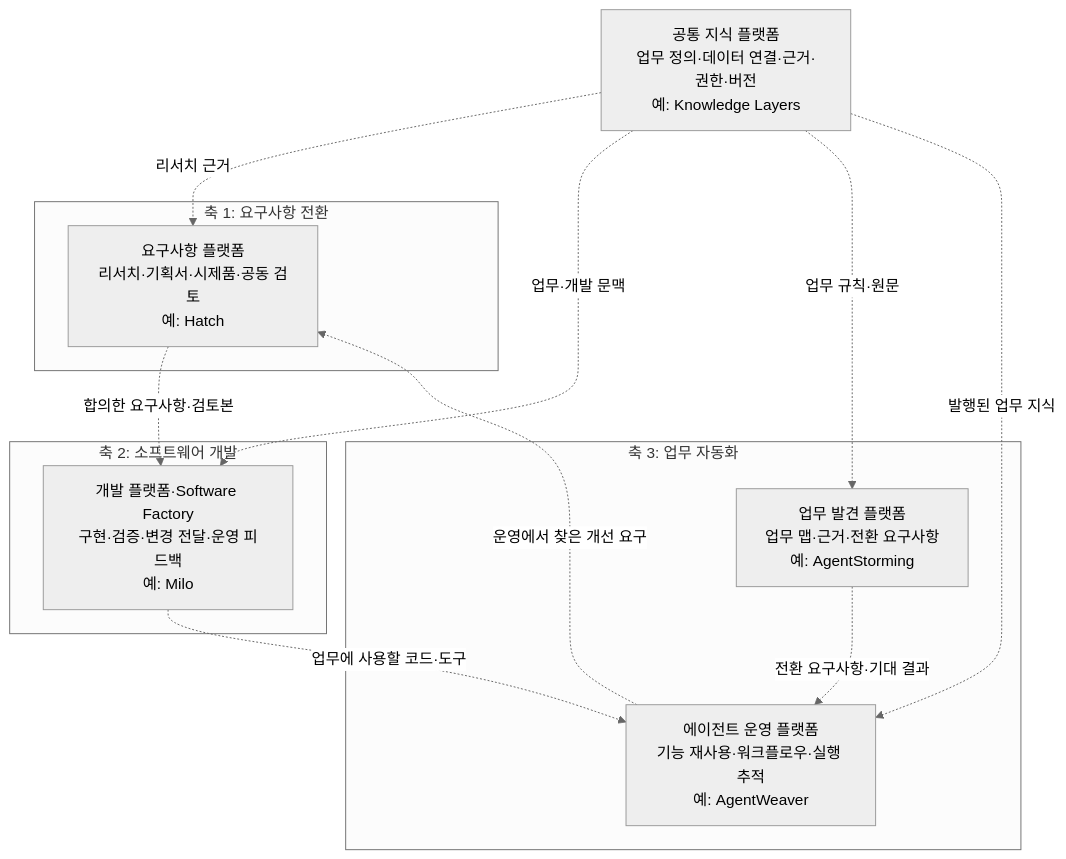
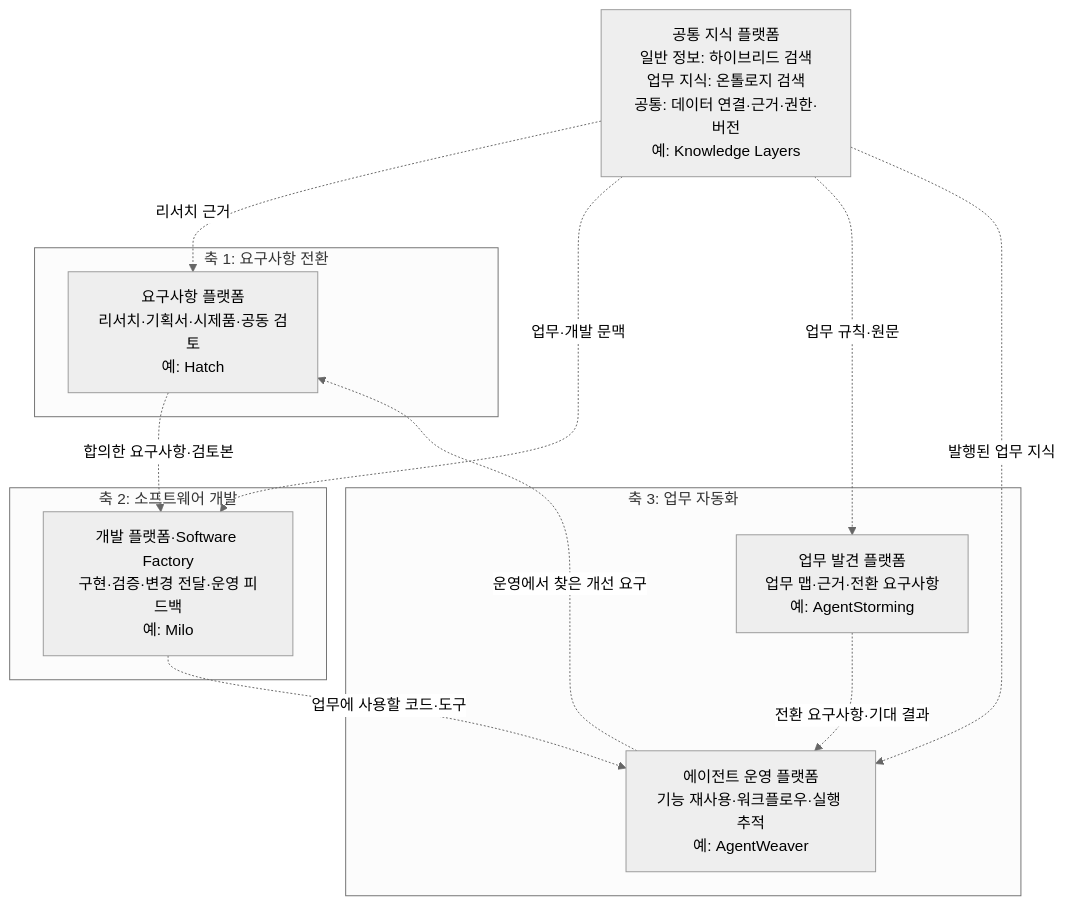
Before and after one commit to haandol/haandol.github.com: the first of 6 diagrams in _posts/2026-11-05-enterprise-wide-ax-essentials.md, drawn with Mermaid (neutral theme). The commit also changed other lines of this file and 3 other files, not shown here.

Commit message:
docs: clarify AX knowledge layers and add ontology example

````diff
--- a/_posts/2026-11-05-enterprise-wide-ax-essentials.md
+++ b/_posts/2026-11-05-enterprise-wide-ax-essentials.md
@@ -52,22 +52,22 @@
 ```mermaid
 flowchart TB
   subgraph X1["축 1: 요구사항 전환"]
     H["요구사항 플랫폼<br/>리서치·기획서·시제품·공동 검토<br/>예: Hatch"]
   end
   subgraph X2["축 2: 소프트웨어 개발"]
     F["개발 플랫폼·Software Factory<br/>구현·검증·변경 전달·운영 피드백<br/>예: Milo"]
   end
   subgraph X3["축 3: 업무 자동화"]
     S["업무 발견 플랫폼<br/>업무 맵·근거·전환 요구사항<br/>예: AgentStorming"]
     W["에이전트 운영 플랫폼<br/>기능 재사용·워크플로우·실행 추적<br/>예: AgentWeaver"]
     S -.->|"전환 요구사항·기대 결과"| W
   end
   H -.->|"합의한 요구사항·검토본"| F
   F -.->|"업무에 사용할 코드·도구"| W
   W -.->|"운영에서 찾은 개선 요구"| H
-  K["공통 지식 플랫폼<br/>업무 정의·데이터 연결·근거·권한·버전<br/>예: Knowledge Layers"]
+  K["공통 지식 플랫폼<br/>일반 정보: 하이브리드 검색<br/>업무 지식: 온톨로지 검색<br/>공통: 데이터 연결·근거·권한·버전<br/>예: Knowledge Layers"]
   K -.->|"리서치 근거"| H
   K -.->|"업무·개발 문맥"| F
   K -.->|"업무 규칙·원문"| S
   K -.->|"발행된 업무 지식"| W
 ```
````
